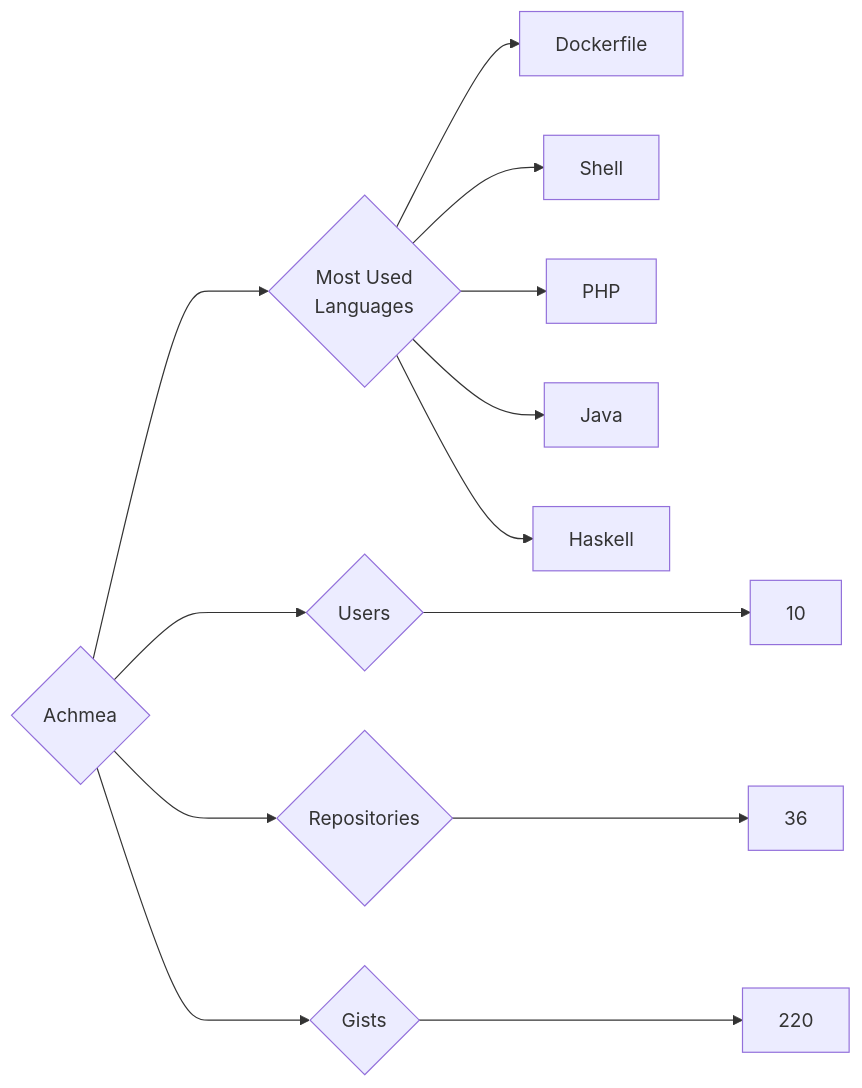
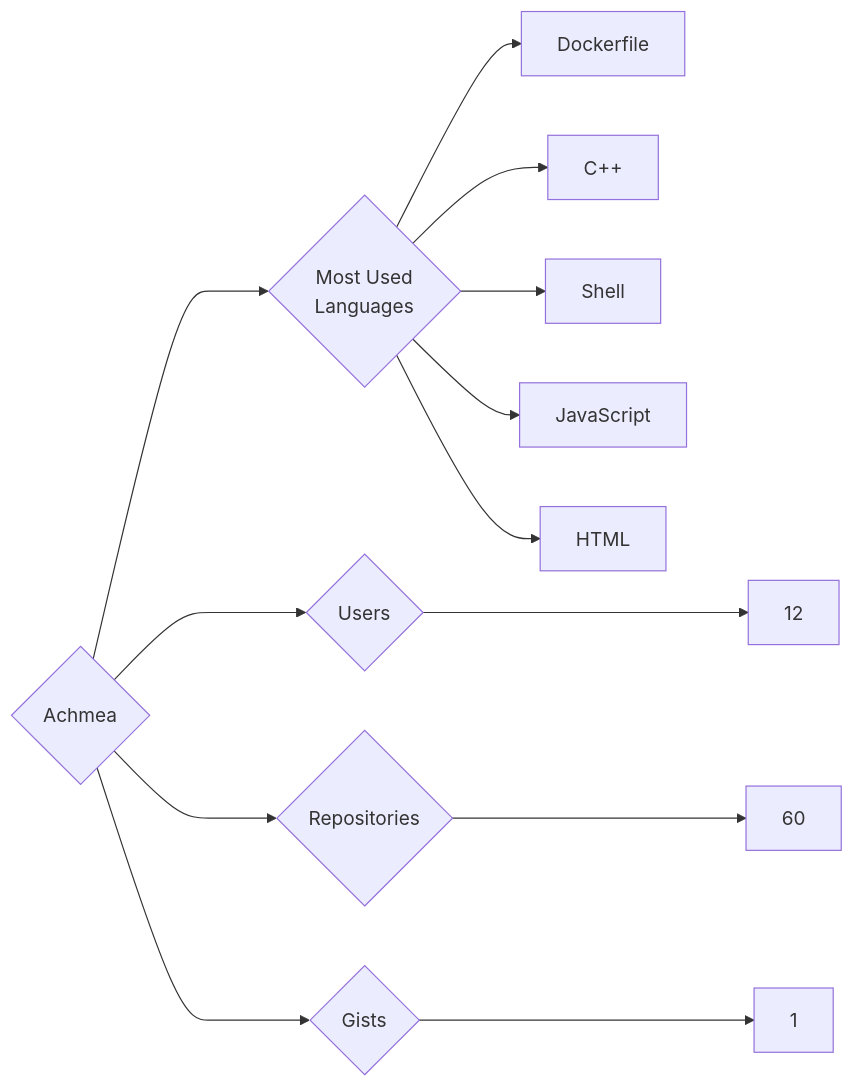
The diagram in targets/Achmea/README.md (trickest/insiders), drawn with Mermaid before and after one commit. The commit also changed 984 other files, not shown here.

````diff
--- a/targets/Achmea/README.md
+++ b/targets/Achmea/README.md
@@ -3,13 +3,13 @@
 ```mermaid
 graph LR
 COMPANY_NAME{Achmea}
-COMPANY_NAME ---> U{Users} ---> UN[10]
-COMPANY_NAME ---> R{Repositories} ---> RN[36]
-COMPANY_NAME ---> G{Gists} ---> GN[220]
+COMPANY_NAME ---> U{Users} ---> UN[12]
+COMPANY_NAME ---> R{Repositories} ---> RN[60]
+COMPANY_NAME ---> G{Gists} ---> GN[1]
 COMPANY_NAME ---> ML{Most Used<br>Languages}
 ML --> Dockerfile[Dockerfile]
+ML --> C++[C++]
 ML --> Shell[Shell]
-ML --> PHP[PHP]
-ML --> Java[Java]
-ML --> Haskell[Haskell]
+ML --> JavaScript[JavaScript]
+ML --> HTML[HTML]
 ```
````
